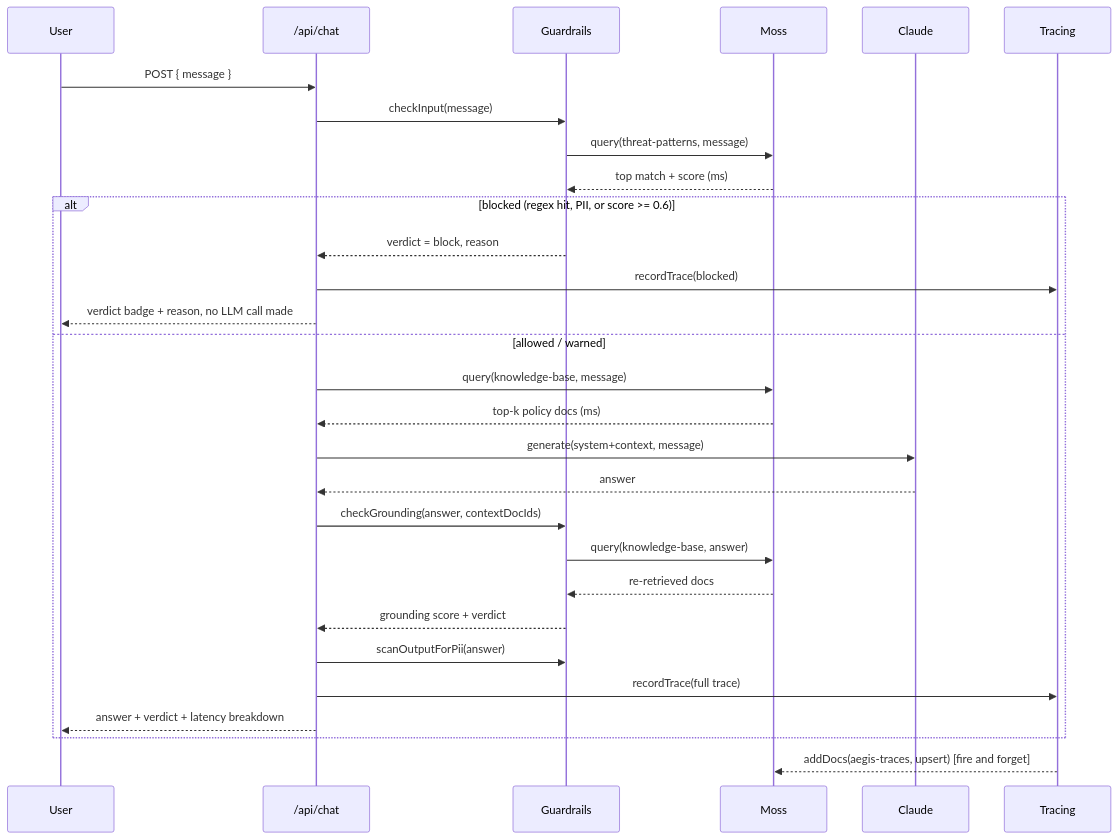
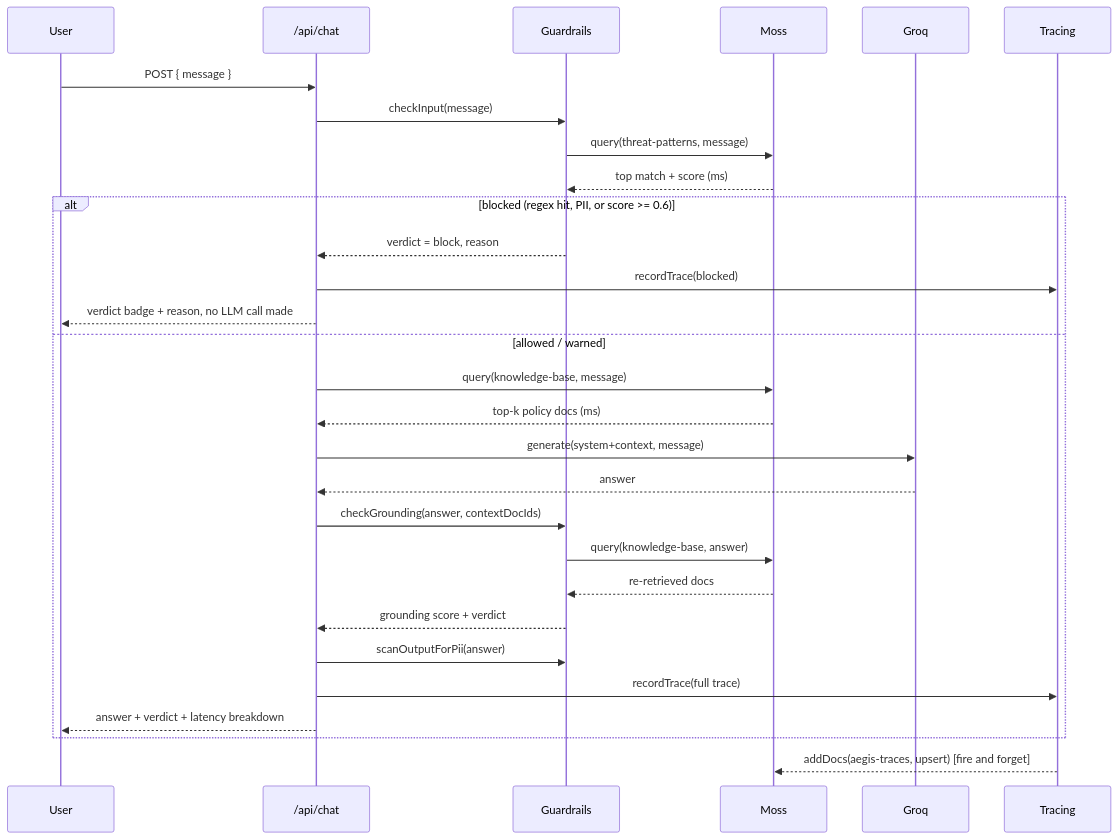
One commit to SyedMaaz786/yc-moss-aegis changed the second of 2 diagrams in ARCHITECTURE.md. Above: the diagram before and after it, drawn with Mermaid. The commit also changed other lines of this file and 9 other files, not shown here.

First line of the commit message:
Swap generation backend from Claude to Groq (free tier, no billing)

````diff
--- a/ARCHITECTURE.md
+++ b/ARCHITECTURE.md
@@ -68,32 +68,32 @@
 ```mermaid
 sequenceDiagram
     participant U as User
     participant API as /api/chat
     participant G as Guardrails
     participant M as Moss
-    participant C as Claude
+    participant C as Groq
     participant T as Tracing
 
     U->>API: POST { message }
     API->>G: checkInput(message)
     G->>M: query(threat-patterns, message)
     M-->>G: top match + score (ms)
     alt blocked (regex hit, PII, or score >= 0.6)
         G-->>API: verdict = block, reason
         API->>T: recordTrace(blocked)
         API-->>U: verdict badge + reason, no LLM call made
     else allowed / warned
         API->>M: query(knowledge-base, message)
         M-->>API: top-k policy docs (ms)
         API->>C: generate(system+context, message)
         C-->>API: answer
         API->>G: checkGrounding(answer, contextDocIds)
         G->>M: query(knowledge-base, answer)
         M-->>G: re-retrieved docs
         G-->>API: grounding score + verdict
         API->>G: scanOutputForPii(answer)
         API->>T: recordTrace(full trace)
         API-->>U: answer + verdict + latency breakdown
     end
     T-->>M: addDocs(aegis-traces, upsert) [fire and forget]
 ```
````
